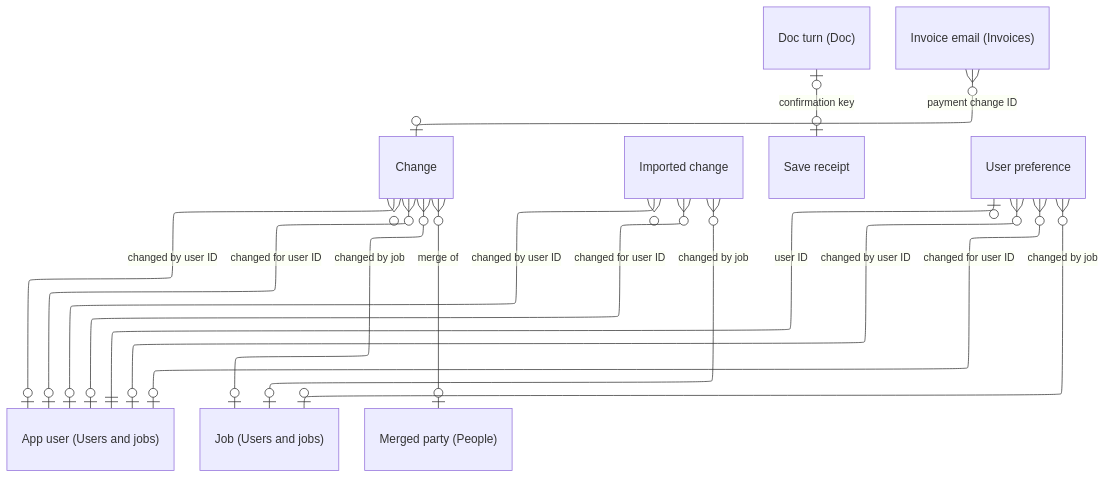
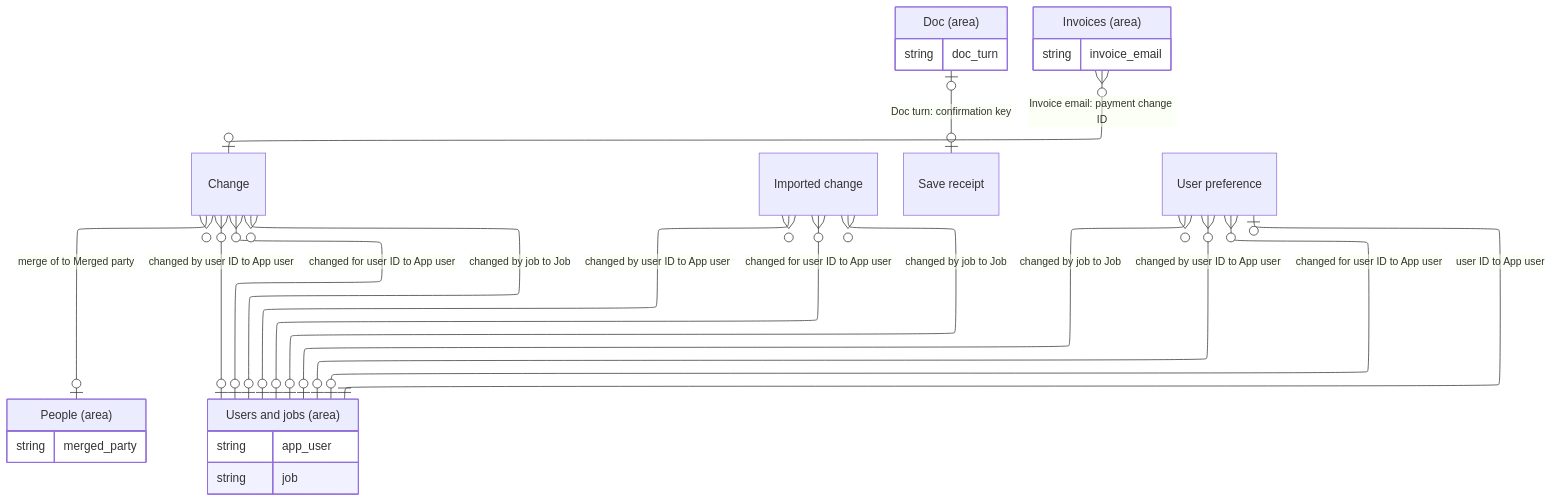
Before and after one commit to DoctorCRE/doctorcre-engine: the diagram in docs/database/tables/viewpoint-changes-preferences.md, drawn with Mermaid. The commit also changed 152 other files, not shown here.

````diff
--- a/docs/database/tables/viewpoint-changes-preferences.md
+++ b/docs/database/tables/viewpoint-changes-preferences.md
@@ -3,27 +3,40 @@
 ```mermaid
 ---
 config:
   layout: elk
   er:
     nodeSpacing: 22
     rankSpacing: 44
 ---
 erDiagram
   "Change"
   "Imported change"
   "Save receipt"
   "User preference"
-  "Change" }o--o| "App user (Users and jobs)" : "changed by user ID"
-  "Change" }o--o| "App user (Users and jobs)" : "changed for user ID"
-  "Change" }o--o| "Job (Users and jobs)" : "changed by job"
-  "Change" }o--o| "Merged party (People)" : "merge of"
-  "Doc turn (Doc)" |o--o| "Save receipt" : "confirmation key"
-  "Imported change" }o--o| "App user (Users and jobs)" : "changed by user ID"
-  "Imported change" }o--o| "App user (Users and jobs)" : "changed for user ID"
-  "Imported change" }o--o| "Job (Users and jobs)" : "changed by job"
-  "Invoice email (Invoices)" }o--o| "Change" : "payment change ID"
-  "User preference" }o--o| "App user (Users and jobs)" : "changed by user ID"
-  "User preference" }o--o| "App user (Users and jobs)" : "changed for user ID"
-  "User preference" |o--|| "App user (Users and jobs)" : "user ID"
-  "User preference" }o--o| "Job (Users and jobs)" : "changed by job"
+  "Doc (area)" {
+    string doc_turn
+  }
+  "Invoices (area)" {
+    string invoice_email
+  }
+  "People (area)" {
+    string merged_party
+  }
+  "Users and jobs (area)" {
+    string app_user
+    string job
+  }
+  "Change" }o--o| "Users and jobs (area)" : "changed by user ID to App user"
+  "Change" }o--o| "Users and jobs (area)" : "changed for user ID to App user"
+  "Change" }o--o| "Users and jobs (area)" : "changed by job to Job"
+  "Change" }o--o| "People (area)" : "merge of to Merged party"
+  "Doc (area)" |o--o| "Save receipt" : "Doc turn: confirmation key"
+  "Imported change" }o--o| "Users and jobs (area)" : "changed by user ID to App user"
+  "Imported change" }o--o| "Users and jobs (area)" : "changed for user ID to App user"
+  "Imported change" }o--o| "Users and jobs (area)" : "changed by job to Job"
+  "Invoices (area)" }o--o| "Change" : "Invoice email: payment change ID"
+  "User preference" }o--o| "Users and jobs (area)" : "changed by user ID to App user"
+  "User preference" }o--o| "Users and jobs (area)" : "changed for user ID to App user"
+  "User preference" |o--|| "Users and jobs (area)" : "user ID to App user"
+  "User preference" }o--o| "Users and jobs (area)" : "changed by job to Job"
 ```
````
